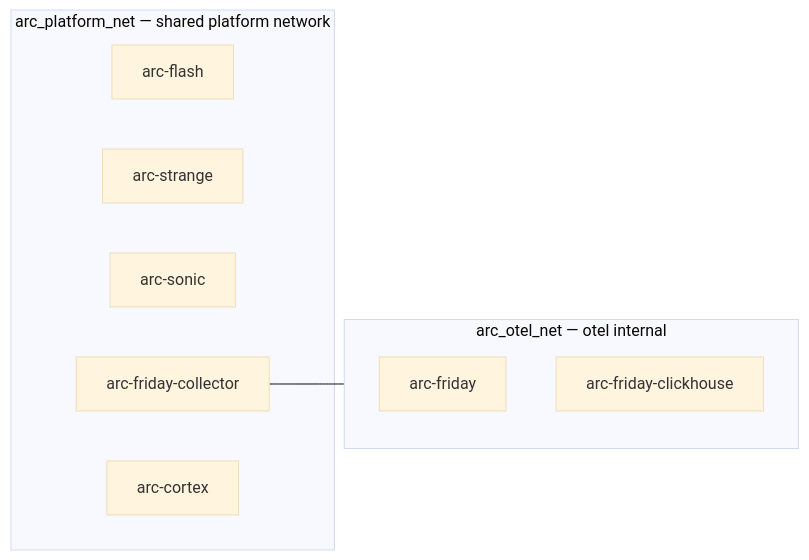
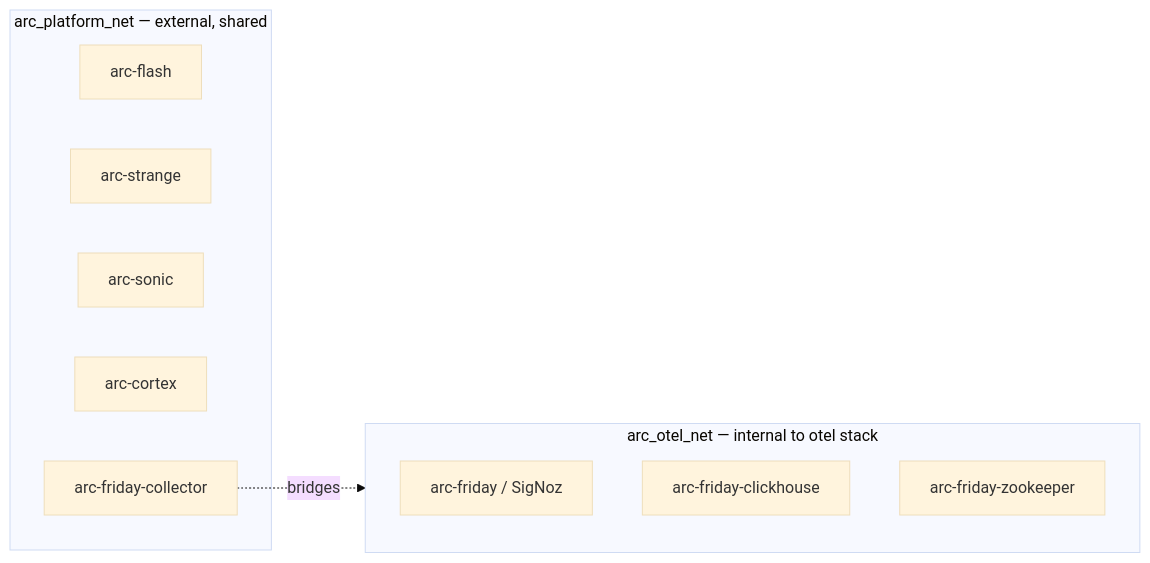
The second of 2 diagrams in specs/003-messaging-setup/spec.md (arc-framework/arc-platform), drawn with Mermaid (base theme) before and after one commit. The commit also changed other lines of this file, not shown here.

Commit message:
spec: simplify network strategy, defer redis_exporter to tech debt

````diff
--- a/specs/003-messaging-setup/spec.md
+++ b/specs/003-messaging-setup/spec.md
@@ -199,15 +197,16 @@
 ```mermaid
 graph LR
-    subgraph arc_platform_net [arc_platform_net — shared platform network]
+    subgraph arc_platform_net [arc_platform_net — external, shared]
         flash[arc-flash]
         strange[arc-strange]
         sonic[arc-sonic]
+        cortex[arc-cortex]
         collector[arc-friday-collector]
-        cortex[arc-cortex]
     end
-    subgraph arc_otel_net [arc_otel_net — otel internal]
-        friday[arc-friday]
+    subgraph arc_otel_net [arc_otel_net — internal to otel stack]
+        friday[arc-friday / SigNoz]
         clickhouse[arc-friday-clickhouse]
+        zookeeper[arc-friday-zookeeper]
     end
-    collector --- arc_otel_net
+    collector -. bridges .-> arc_otel_net
 ```
````
